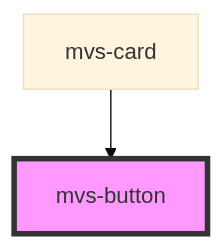
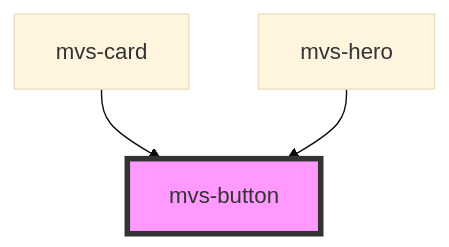
One commit to rafaela-vairo/mvs-design-system changed the diagram in src/components/inputs/mvs-button/readme.md. Above: the diagram before and after it, drawn with Mermaid (base theme). The commit also changed other lines of this file and 13 other files, not shown here.

````diff
--- a/src/components/inputs/mvs-button/readme.md
+++ b/src/components/inputs/mvs-button/readme.md
@@ -26,5 +27,6 @@
 ```mermaid
 graph TD;
   mvs-card --> mvs-button
+  mvs-hero --> mvs-button
   style mvs-button fill:#f9f,stroke:#333,stroke-width:4px
 ```
````
